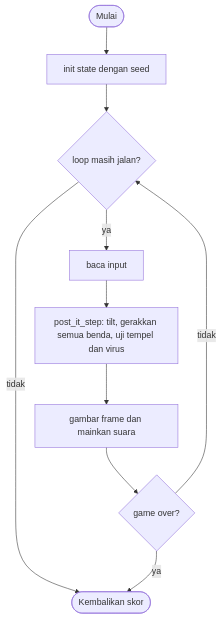
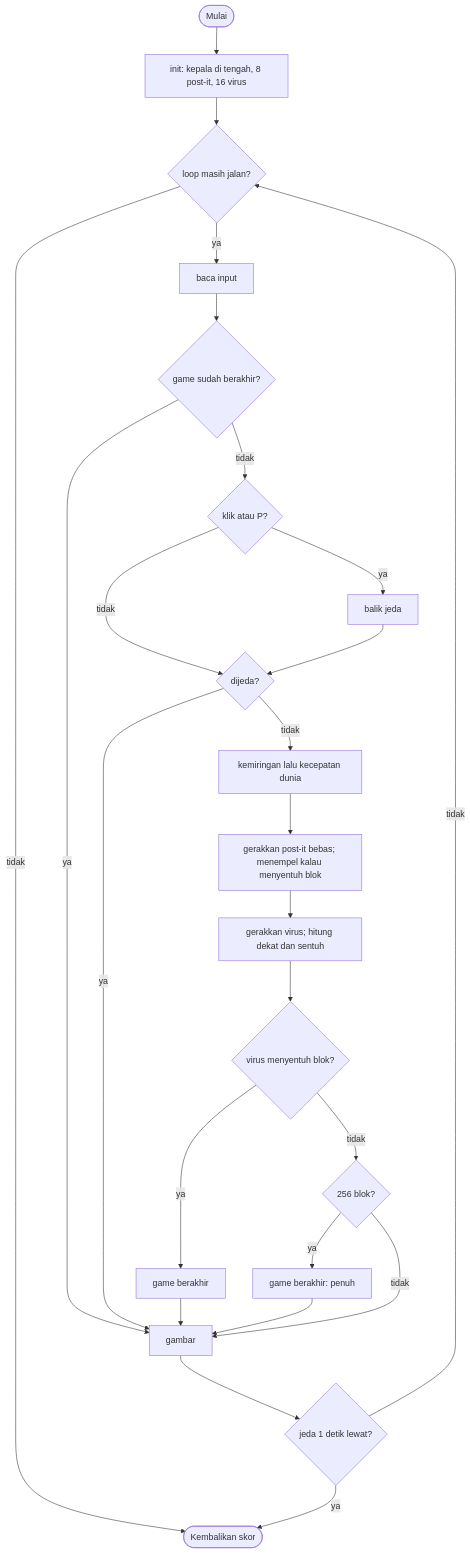
One commit to Hachimney/arCade changed the diagram in deferred/post_it/GAME.md. Above: the diagram before and after it, drawn with Mermaid. The commit also changed other lines of this file and 3 other files, not shown here.

````diff
--- a/deferred/post_it/GAME.md
+++ b/deferred/post_it/GAME.md
@@ -139,12 +194,24 @@
 ```mermaid
 flowchart TD
-    A([Mulai]) --> B["init state dengan seed"]
+    A([Mulai]) --> B["init: kepala di tengah, 8 post-it, 16 virus"]
     B --> C{"loop masih jalan?"}
     C -- tidak --> Z([Kembalikan skor])
     C -- ya --> D[baca input]
-    D --> E["post_it_step: tilt, gerakkan semua benda, uji tempel dan virus"]
-    E --> F[gambar frame dan mainkan suara]
-    F --> G{"game over?"}
-    G -- tidak --> C
-    G -- ya --> Z
+    D --> E{"game sudah berakhir?"}
+    E -- ya --> L[gambar] --> M{"jeda 1 detik lewat?"}
+    M -- ya --> Z
+    M -- tidak --> C
+    E -- tidak --> F{"klik atau P?"}
+    F -- ya --> G[balik jeda]
+    F -- tidak --> H{"dijeda?"}
+    G --> H
+    H -- ya --> L
+    H -- tidak --> I["kemiringan lalu kecepatan dunia"]
+    I --> J["gerakkan post-it bebas; menempel kalau menyentuh blok"]
+    J --> K["gerakkan virus; hitung dekat dan sentuh"]
+    K --> N{"virus menyentuh blok?"}
+    N -- ya --> O[game berakhir] --> L
+    N -- tidak --> P{"256 blok?"}
+    P -- ya --> Q[game berakhir: penuh] --> L
+    P -- tidak --> L
 ```
````
